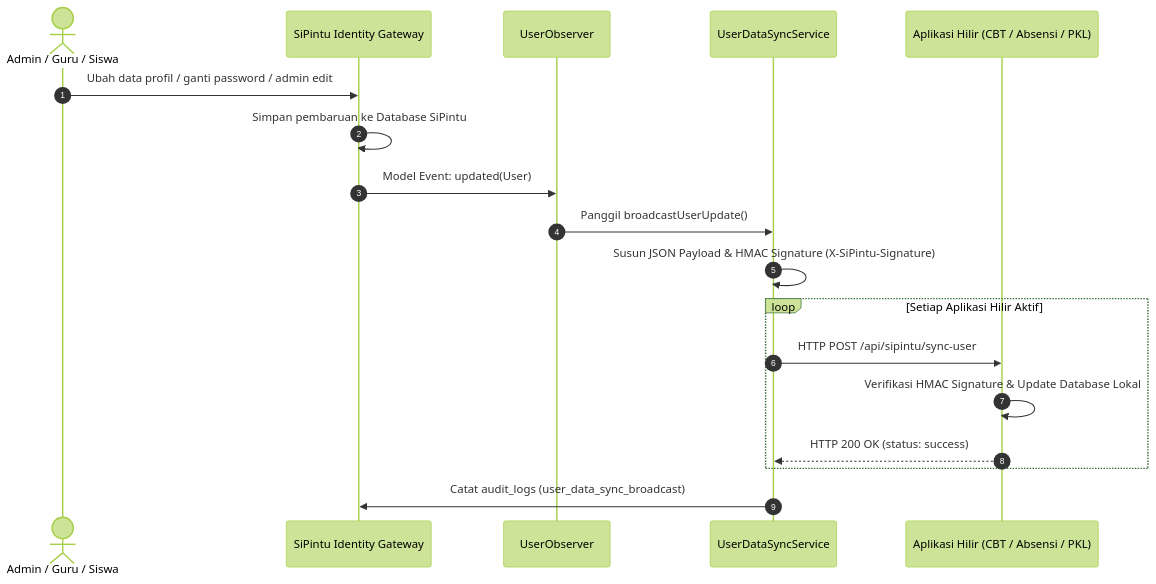
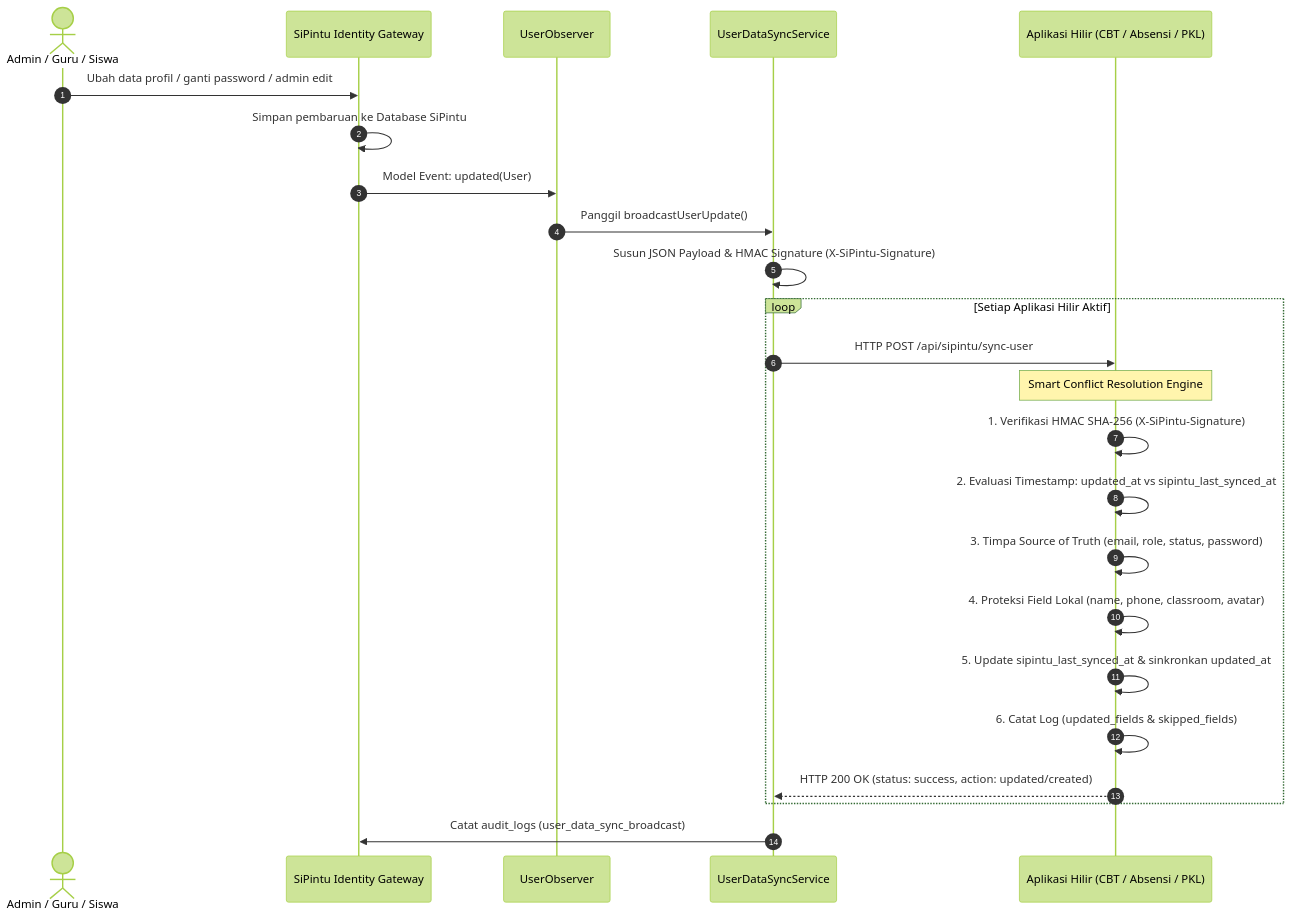
One commit to Zhylix/SiPintu changed the fifth of 7 diagrams in ALUR_SISTEM_SIPINTU.md. Above: the diagram before and after it, drawn with Mermaid (forest theme). The commit also changed other lines of this file and 4 other files, not shown here.

````diff
--- a/ALUR_SISTEM_SIPINTU.md
+++ b/ALUR_SISTEM_SIPINTU.md
@@ -159,23 +159,29 @@
 ```mermaid
 sequenceDiagram
     autonumber
     actor Pengguna as Admin / Guru / Siswa
     participant SiPintu as SiPintu Identity Gateway
     participant Observer as UserObserver
     participant SyncService as UserDataSyncService
     participant Downstream as Aplikasi Hilir (CBT / Absensi / PKL)
 
     Pengguna->>SiPintu: Ubah data profil / ganti password / admin edit
     SiPintu->>SiPintu: Simpan pembaruan ke Database SiPintu
     SiPintu->>Observer: Model Event: updated(User)
     Observer->>SyncService: Panggil broadcastUserUpdate()
     SyncService->>SyncService: Susun JSON Payload & HMAC Signature (X-SiPintu-Signature)
     
     loop Setiap Aplikasi Hilir Aktif
         SyncService->>Downstream: HTTP POST /api/sipintu/sync-user
-        Downstream->>Downstream: Verifikasi HMAC Signature & Update Database Lokal
-        Downstream-->>SyncService: HTTP 200 OK (status: success)
+        Note over Downstream: Smart Conflict Resolution Engine
+        Downstream->>Downstream: 1. Verifikasi HMAC SHA-256 (X-SiPintu-Signature)
+        Downstream->>Downstream: 2. Evaluasi Timestamp: updated_at vs sipintu_last_synced_at
+        Downstream->>Downstream: 3. Timpa Source of Truth (email, role, status, password)
+        Downstream->>Downstream: 4. Proteksi Field Lokal (name, phone, classroom, avatar)
+        Downstream->>Downstream: 5. Update sipintu_last_synced_at & sinkronkan updated_at
+        Downstream->>Downstream: 6. Catat Log (updated_fields & skipped_fields)
+        Downstream-->>SyncService: HTTP 200 OK (status: success, action: updated/created)
     end
 
     SyncService->>SiPintu: Catat audit_logs (user_data_sync_broadcast)
 ```
````
